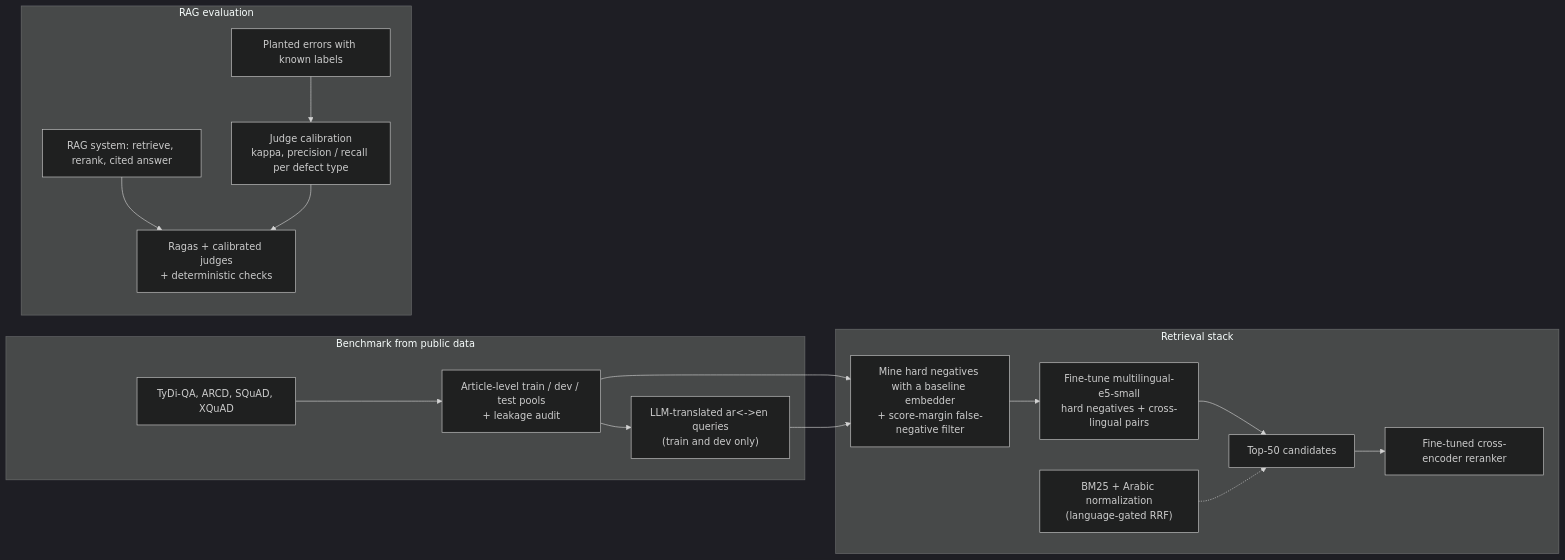
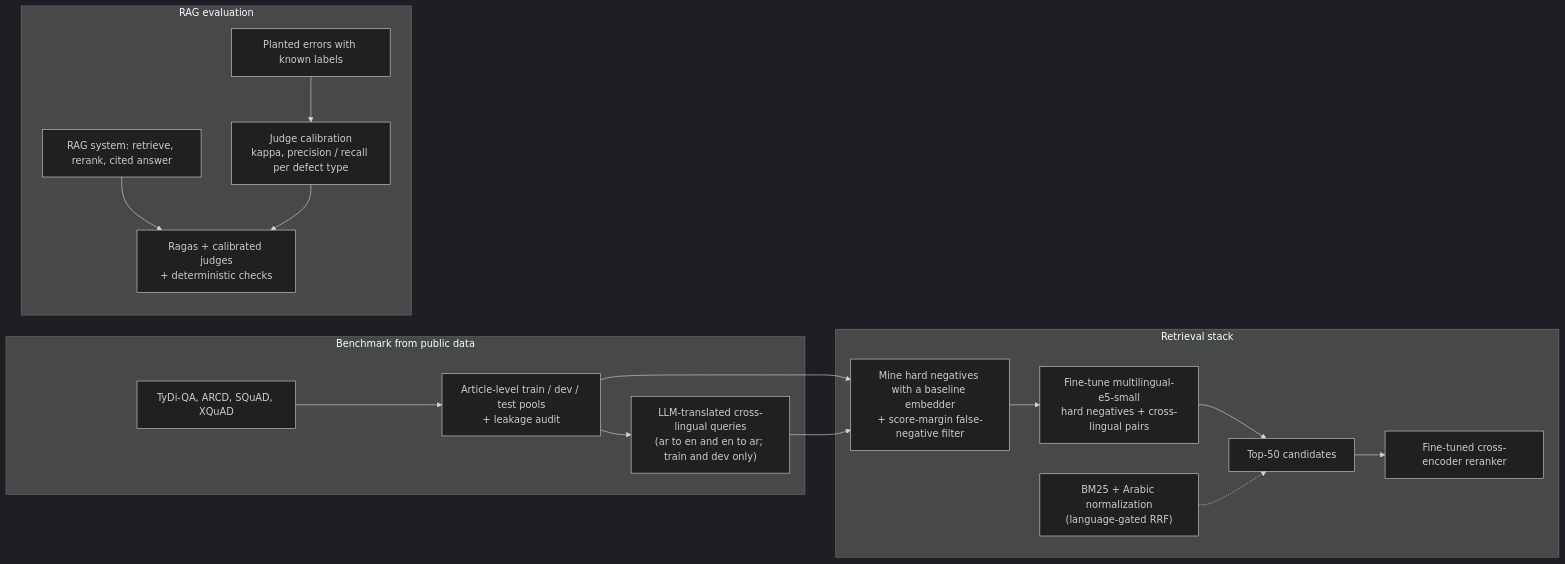
One commit to mahmoudzahran01/arabic-english-retrieval-eval changed the diagram in README.md. Above: the diagram before and after it, drawn with Mermaid (dark theme).

Commit message:
docs: avoid angle brackets in the mermaid node labels

````diff
--- a/README.md
+++ b/README.md
@@ -55,20 +55,20 @@
 ```mermaid
 flowchart LR
   subgraph data [Benchmark from public data]
     A["TyDi-QA, ARCD, SQuAD, XQuAD"] --> B["Article-level train / dev / test pools<br/>+ leakage audit"]
-    B --> C["LLM-translated ar<->en queries<br/>(train and dev only)"]
+    B --> C["LLM-translated cross-lingual queries<br/>(ar to en and en to ar; train and dev only)"]
   end
   subgraph retrieval [Retrieval stack]
     D["Mine hard negatives with a baseline embedder<br/>+ score-margin false-negative filter"] --> E["Fine-tune multilingual-e5-small<br/>hard negatives + cross-lingual pairs"]
     E --> F["Top-50 candidates"]
     H["BM25 + Arabic normalization<br/>(language-gated RRF)"] -.-> F
     F --> G["Fine-tuned cross-encoder reranker"]
   end
   subgraph rag [RAG evaluation]
     I["Planted errors with known labels"] --> J["Judge calibration<br/>kappa, precision / recall per defect type"]
     K["RAG system: retrieve, rerank, cited answer"] --> L["Ragas + calibrated judges<br/>+ deterministic checks"]
     J --> L
   end
   B --> D
   C --> D
 ```
````
